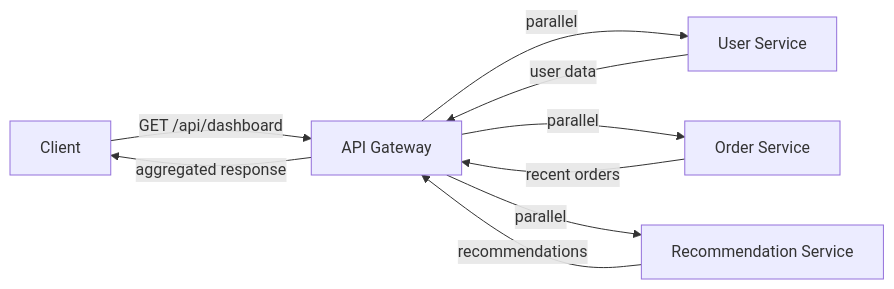
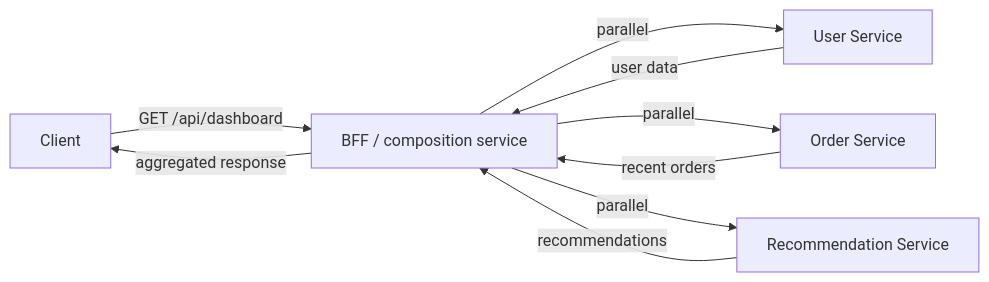
Before and after one commit to akeverus/cheat-sheet: the seventh of 8 diagrams in cheatsheets/interview/architecture/api-gateway-interview.md, drawn with Mermaid. The commit also changed other lines of this file and 154 other files, not shown here.

````diff
--- a/cheatsheets/interview/architecture/api-gateway-interview.md
+++ b/cheatsheets/interview/architecture/api-gateway-interview.md
@@ -1092,11 +1007,11 @@
 ```mermaid
 graph LR
-    C[Client] -->|"GET /api/dashboard"| GW[API Gateway]
+    C[Client] -->|"GET /api/dashboard"| GW[BFF / composition service]
     GW -->|parallel| US[User Service]
     GW -->|parallel| OS[Order Service]
     GW -->|parallel| RS[Recommendation Service]
     US -->|user data| GW
     OS -->|recent orders| GW
     RS -->|recommendations| GW
     GW -->|aggregated response| C
 ```
````
